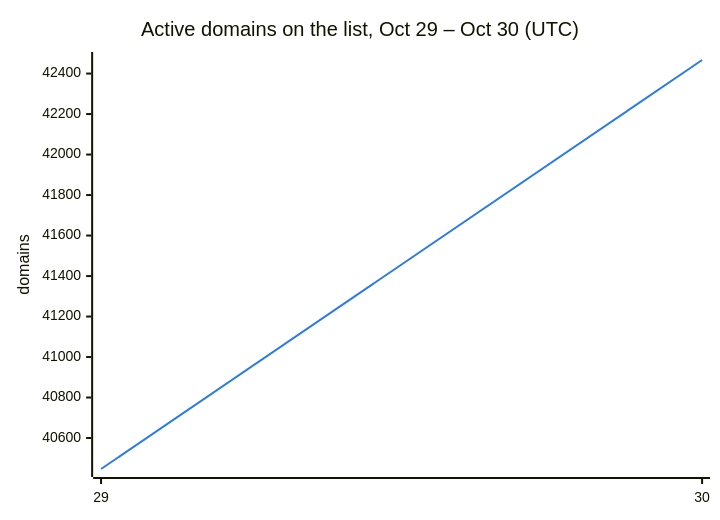
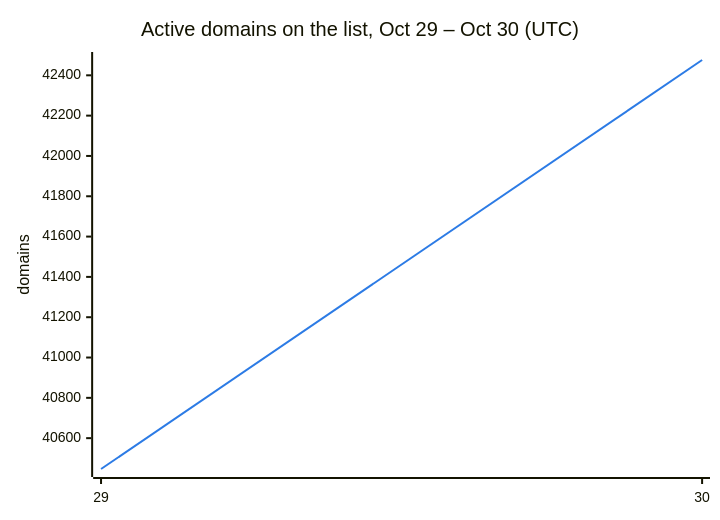
Before and after one commit to DNSBunker/CTI: the second of 3 diagrams in README.md, drawn with Mermaid. The commit also changed other lines of this file and 3 other files, not shown here.

````diff
--- a/README.md
+++ b/README.md
@@ -38,8 +38,8 @@
 ```mermaid
 %%{init: {"themeVariables": {"xyChart": {"plotColorPalette": "#2c7be5"}}}}%%
 xychart-beta
     title "Active domains on the list, Oct 29 – Oct 30 (UTC)"
     x-axis ["29", "30"]
     y-axis "domains"
-    line [40447, 42467]
+    line [40447, 42476]
 ```
````
